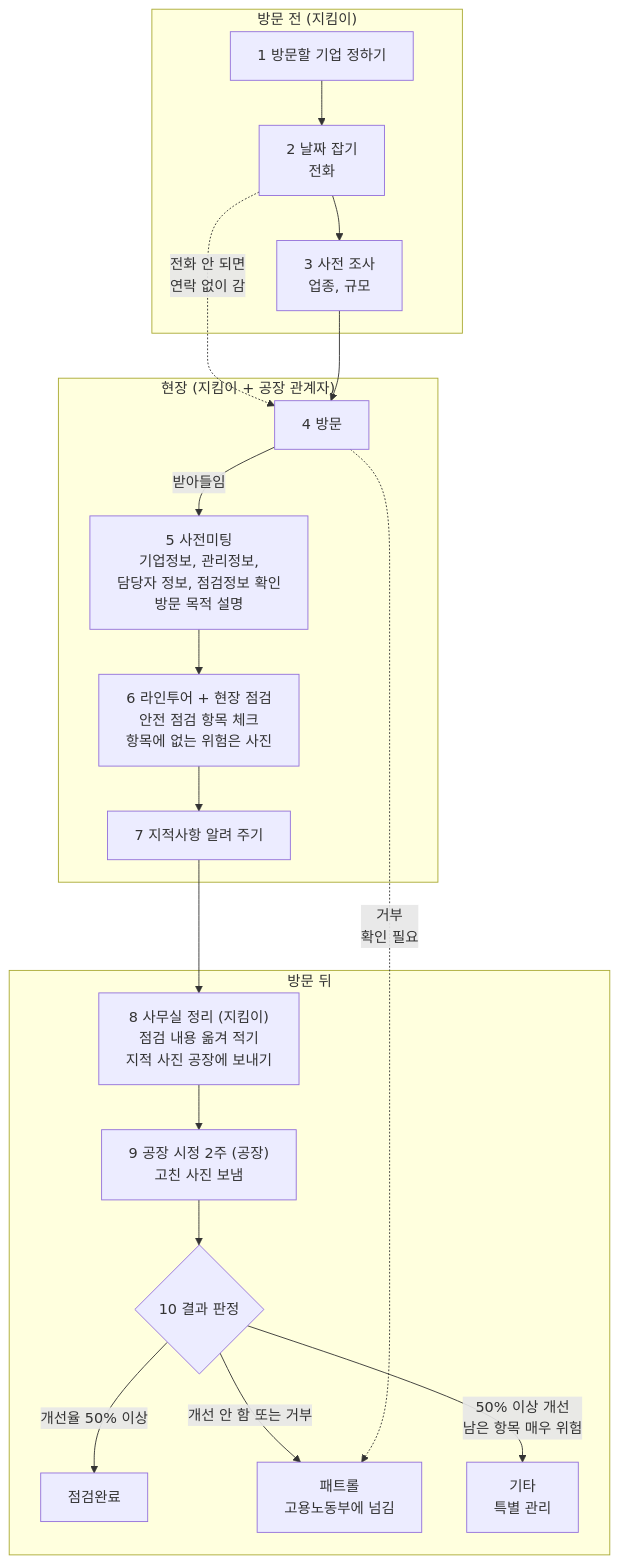
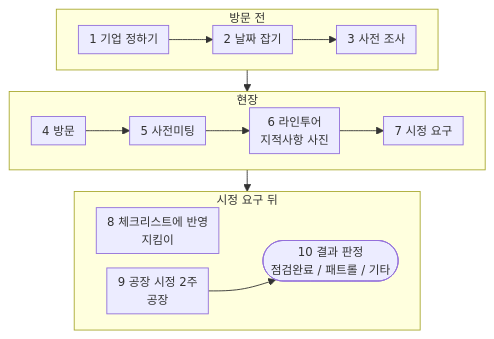
The diagram in 261012_산업안전지킴이_업무스토리보드.md (BlueWorks24/Industrial_Safety_AI_UIUX), drawn with Mermaid before and after one commit. The commit also changed other lines of this file and 6 other files, not shown here.

Commit message:
지킴이: 점검 첫 화면을 현장점검 개선사항으로(한 건씩 사진, AI 위험요인 추천) · 업무 스토리보드를 지적사항 중심 흐름으로 · 판정 탭 계획

````diff
--- a/261012_산업안전지킴이_업무스토리보드.md
+++ b/261012_산업안전지킴이_업무스토리보드.md
@@ -56,27 +57,18 @@
 ```mermaid
+%%{init: {"flowchart": {"nodeSpacing": 16, "rankSpacing": 24, "padding": 6}, "themeVariables": {"fontSize": "13px"}}}%%
 flowchart TD
-    subgraph 방문전["방문 전 (지킴이)"]
-        A["1 방문할 기업 정하기"] --> B["2 날짜 잡기<br/>전화"]
-        B --> C["3 사전 조사<br/>업종, 규모"]
+    subgraph S1["방문 전"]
+        direction LR
+        A["1 기업 정하기"] --> B["2 날짜 잡기"] --> C["3 사전 조사"]
     end
-
-    subgraph 현장["현장 (지킴이 + 공장 관계자)"]
-        D["4 방문"] -->|받아들임| E["5 사전미팅<br/>기업정보, 관리정보,<br/>담당자 정보, 점검정보 확인<br/>방문 목적 설명"]
-        E --> F["6 라인투어 + 현장 점검<br/>안전 점검 항목 체크<br/>항목에 없는 위험은 사진"]
-        F --> G["7 지적사항 알려 주기"]
+    subgraph S2["현장"]
+        direction LR
+        D["4 방문"] --> E["5 사전미팅"] --> F["6 라인투어<br/>지적사항 사진"] --> G["7 시정 요구"]
     end
-
-    subgraph 방문뒤["방문 뒤"]
-        H["8 사무실 정리 (지킴이)<br/>점검 내용 옮겨 적기<br/>지적 사진 공장에 보내기"]
-        H --> I["9 공장 시정 2주 (공장)<br/>고친 사진 보냄"]
-        I --> J{"10 결과 판정"}
-        J -->|개선율 50% 이상| K["점검완료"]
-        J -->|개선 안 함 또는 거부| P["패트롤<br/>고용노동부에 넘김"]
-        J -->|50% 이상 개선<br/>남은 항목 매우 위험| L["기타<br/>특별 관리"]
+    subgraph S3["시정 요구 뒤"]
+        direction LR
+        H["8 체크리스트에 반영<br/>지킴이"] ~~~ J
+        I["9 공장 시정 2주<br/>공장"] --> J(["10 결과 판정<br/>점검완료 / 패트롤 / 기타"])
     end
-
-    B -.->|전화 안 되면<br/>연락 없이 감| D
-    C --> D
-    D -.->|거부<br/>확인 필요| P
-    G --> H
+    S1 --> S2 --> S3
 ```
````
